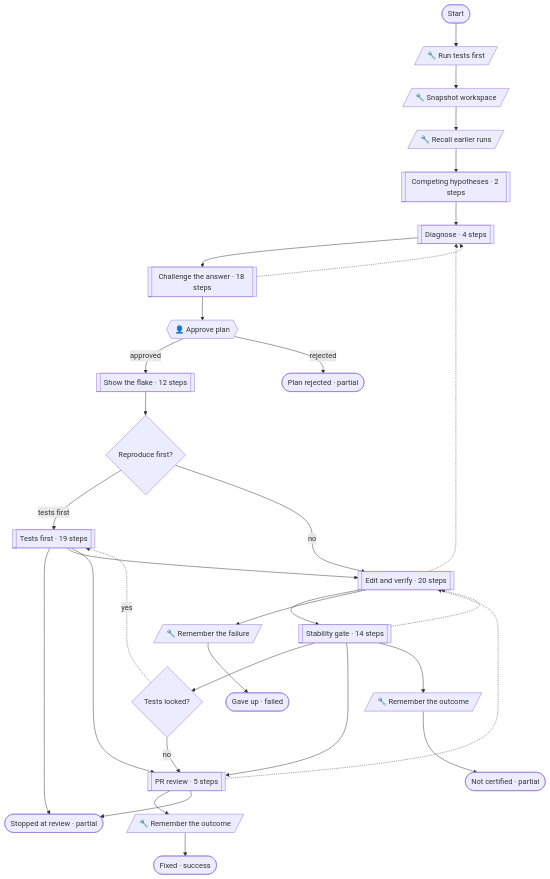
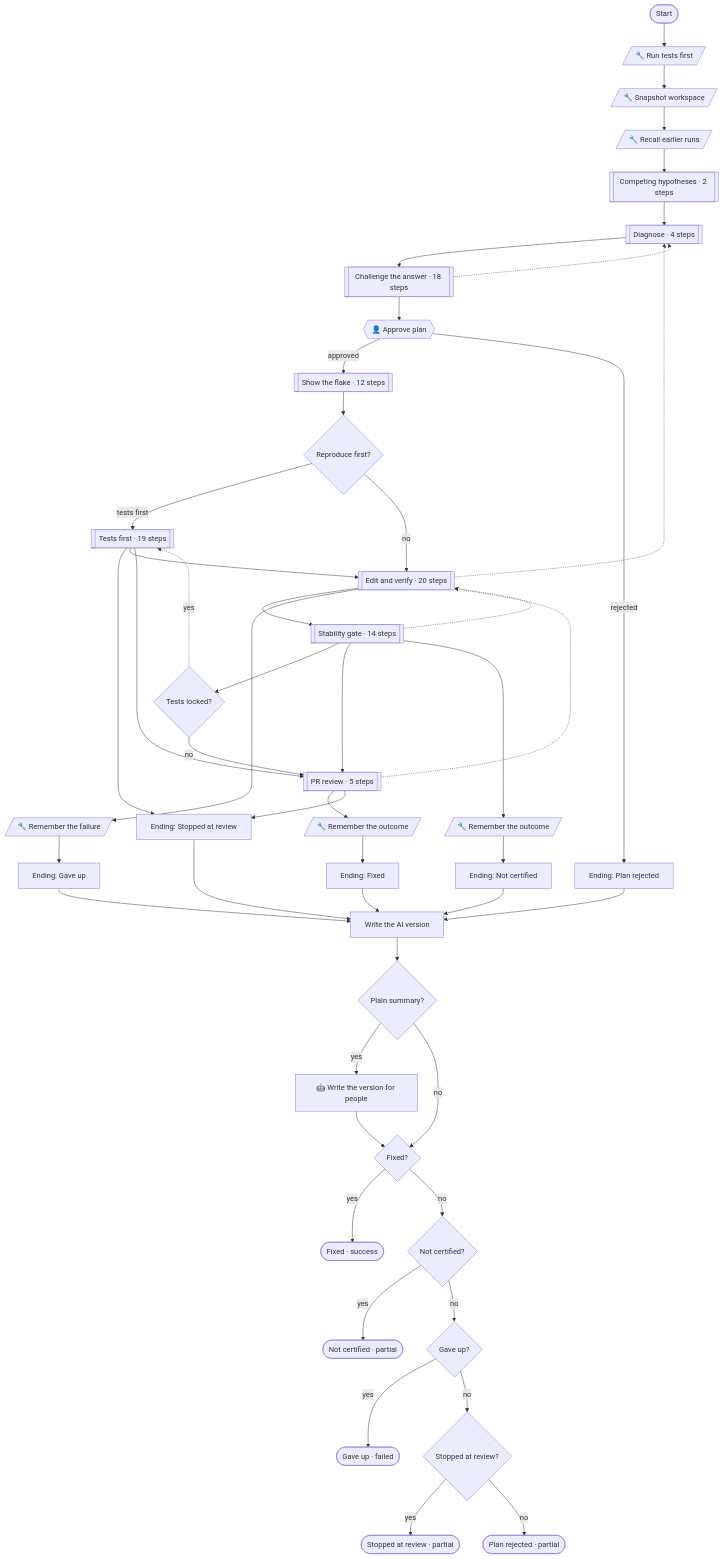
The second of 7 diagrams in docs/patterns.md (pirty6/symphony-core), drawn with Mermaid before and after one commit. The commit also changed other lines of this file and 9 other files, not shown here.

First line of the commit message:
review and fix: a plain version for people and a brief for an AI agent (#30)

````diff
--- a/docs/patterns.md
+++ b/docs/patterns.md
@@ -318,6 +324,18 @@
   n_uncertified(["Not certified · partial"])
   n_gaveUp(["Gave up · failed"])
   n_rejected(["Plan rejected · partial"])
+  n_mark_fixed["Ending: Fixed"]
+  n_mark_uncertified["Ending: Not certified"]
+  n_mark_gaveUp["Ending: Gave up"]
+  n_mark_reviewStopped["Ending: Stopped at review"]
+  n_mark_rejected["Ending: Plan rejected"]
+  n_handoffDoc["Write the AI version"]
+  n_wantPlain{"Plain summary?"}
+  n_explain["🤖 Write the version for people"]
+  n_endIs_fixed{"Fixed?"}
+  n_endIs_uncertified{"Not certified?"}
+  n_endIs_gaveUp{"Gave up?"}
+  n_endIs_reviewStopped{"Stopped at review?"}
   n_hypothesesPhase[["Competing hypotheses · 2 steps"]]
   n_diagnosePhase[["Diagnose · 4 steps"]]
   n_challengePhase[["Challenge the answer · 18 steps"]]
@@ -330,9 +348,9 @@
   n_baseline --> n_snapshot
   n_snapshot --> n_recall
   n_recall --> n_hypothesesPhase
-  n_learnFixed --> n_fixed
-  n_learnFailed --> n_gaveUp
-  n_learnUncertified --> n_uncertified
+  n_learnFixed --> n_mark_fixed
+  n_learnFailed --> n_mark_gaveUp
+  n_learnUncertified --> n_mark_uncertified
   n_hypothesesPhase --> n_diagnosePhase
   n_diagnosePhase --> n_challengePhase
   n_challengePhase --> n_approve
@@ -343,10 +361,10 @@
   n_reproduceFirstOn -->|"no"| n_editPhase
   n_reproduced -.->|"yes"| n_testFirstPhase
   n_reproduced -->|"no"| n_prReviewPhase
-  n_testFirstPhase --> n_reviewStopped
+  n_testFirstPhase --> n_mark_reviewStopped
   n_testFirstPhase --> n_editPhase
   n_testFirstPhase --> n_prReviewPhase
-  n_approve -->|"rejected"| n_rejected
+  n_approve -->|"rejected"| n_mark_rejected
   n_editPhase --> n_stabilityPhase
   n_editPhase --> n_learnFailed
   n_editPhase -.-> n_diagnosePhase
@@ -356,5 +374,22 @@
   n_stabilityPhase --> n_learnUncertified
   n_prReviewPhase --> n_learnFixed
   n_prReviewPhase -.-> n_editPhase
-  n_prReviewPhase --> n_reviewStopped
+  n_prReviewPhase --> n_mark_reviewStopped
+  n_mark_fixed --> n_handoffDoc
+  n_mark_uncertified --> n_handoffDoc
+  n_mark_gaveUp --> n_handoffDoc
+  n_mark_reviewStopped --> n_handoffDoc
+  n_mark_rejected --> n_handoffDoc
+  n_handoffDoc --> n_wantPlain
+  n_wantPlain -->|"yes"| n_explain
+  n_wantPlain -->|"no"| n_endIs_fixed
+  n_explain --> n_endIs_fixed
+  n_endIs_fixed -->|"yes"| n_fixed
+  n_endIs_fixed -->|"no"| n_endIs_uncertified
+  n_endIs_uncertified -->|"yes"| n_uncertified
+  n_endIs_uncertified -->|"no"| n_endIs_gaveUp
+  n_endIs_gaveUp -->|"yes"| n_gaveUp
+  n_endIs_gaveUp -->|"no"| n_endIs_reviewStopped
+  n_endIs_reviewStopped -->|"yes"| n_reviewStopped
+  n_endIs_reviewStopped -->|"no"| n_rejected
 ```
````
